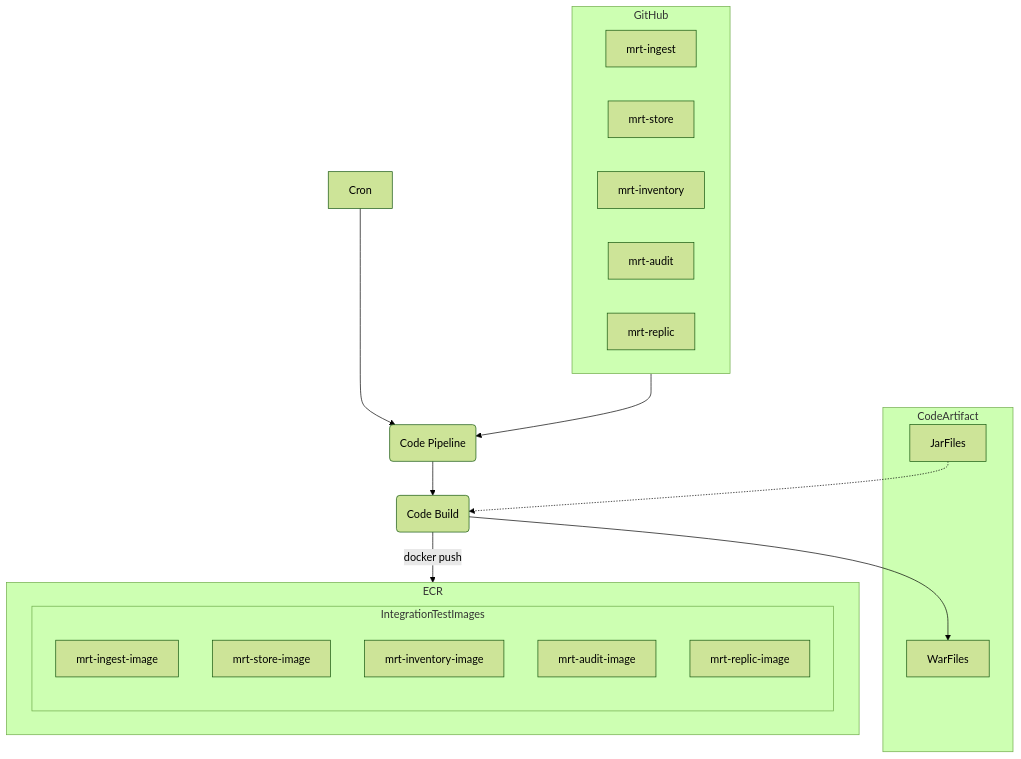
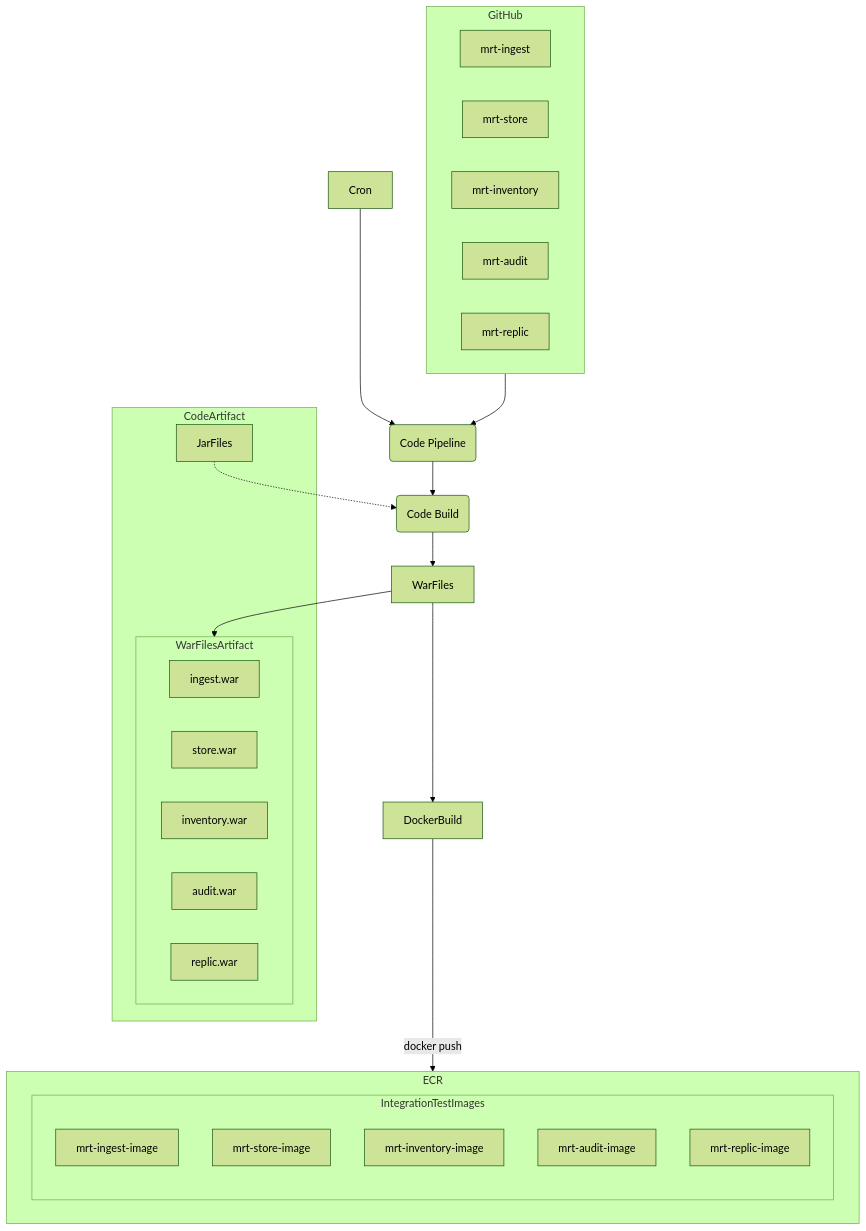
One commit to CDLUC3/mrt-doc changed the third of 10 diagrams in design/aws-build/README.md. Above: the diagram before and after it, drawn with Mermaid (forest theme). The commit also changed other lines of this file, not shown here.

````diff
--- a/design/aws-build/README.md
+++ b/design/aws-build/README.md
@@ -81,32 +94,40 @@
 ```mermaid
 graph TD
   subgraph GitHub
     mrt-ingest
     mrt-store
     mrt-inventory
     mrt-audit
     mrt-replic
   end
   GitHub --> Pipeline
   Cron --> Pipeline
   Pipeline(Code Pipeline)
   Pipeline --> Build
   Build(Code Build)
   Build --> WarFiles
-  Build --> |docker push| ECR
+  WarFiles --> DockerBuild
+  DockerBuild --> |docker push| ECR
   ECR
   subgraph CodeArtifact
     JarFiles
-    WarFiles
+    subgraph WarFilesArtifact
+      ingest.war
+      store.war
+      inventory.war
+      audit.war
+      replic.war
+    end
   end
+  WarFiles --> WarFilesArtifact
   JarFiles -.-> Build
   subgraph ECR
     subgraph IntegrationTestImages
       mrt-ingest-image
       mrt-store-image
       mrt-inventory-image
       mrt-audit-image
       mrt-replic-image
     end
   end
 ```
````
